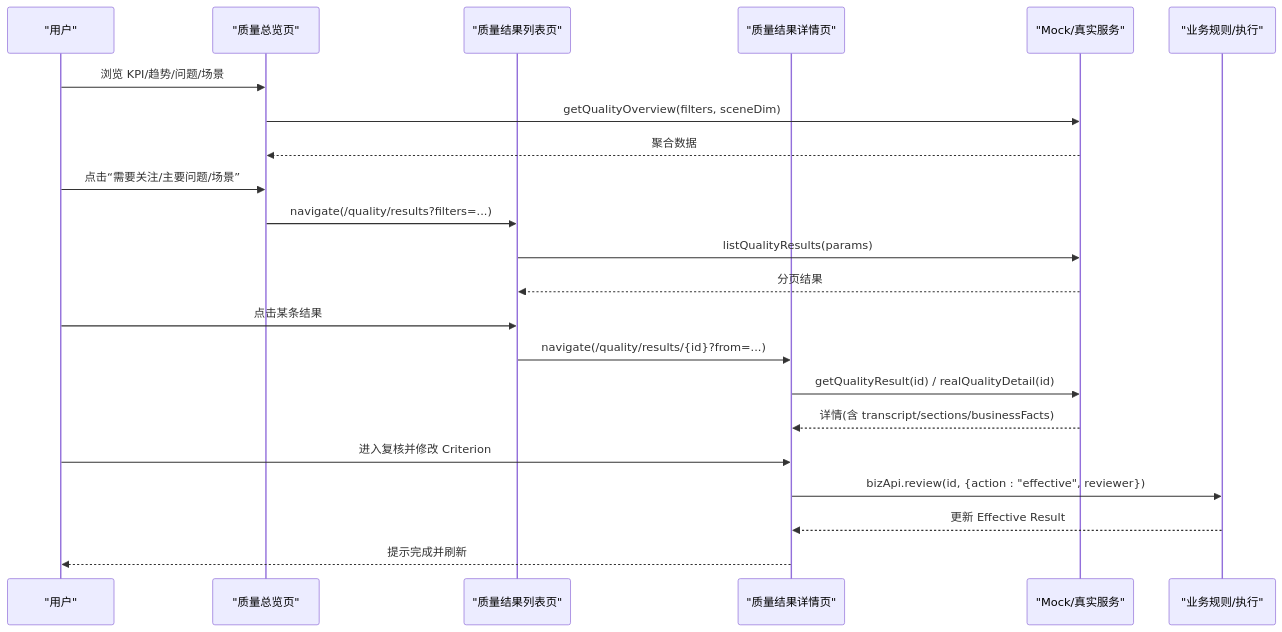
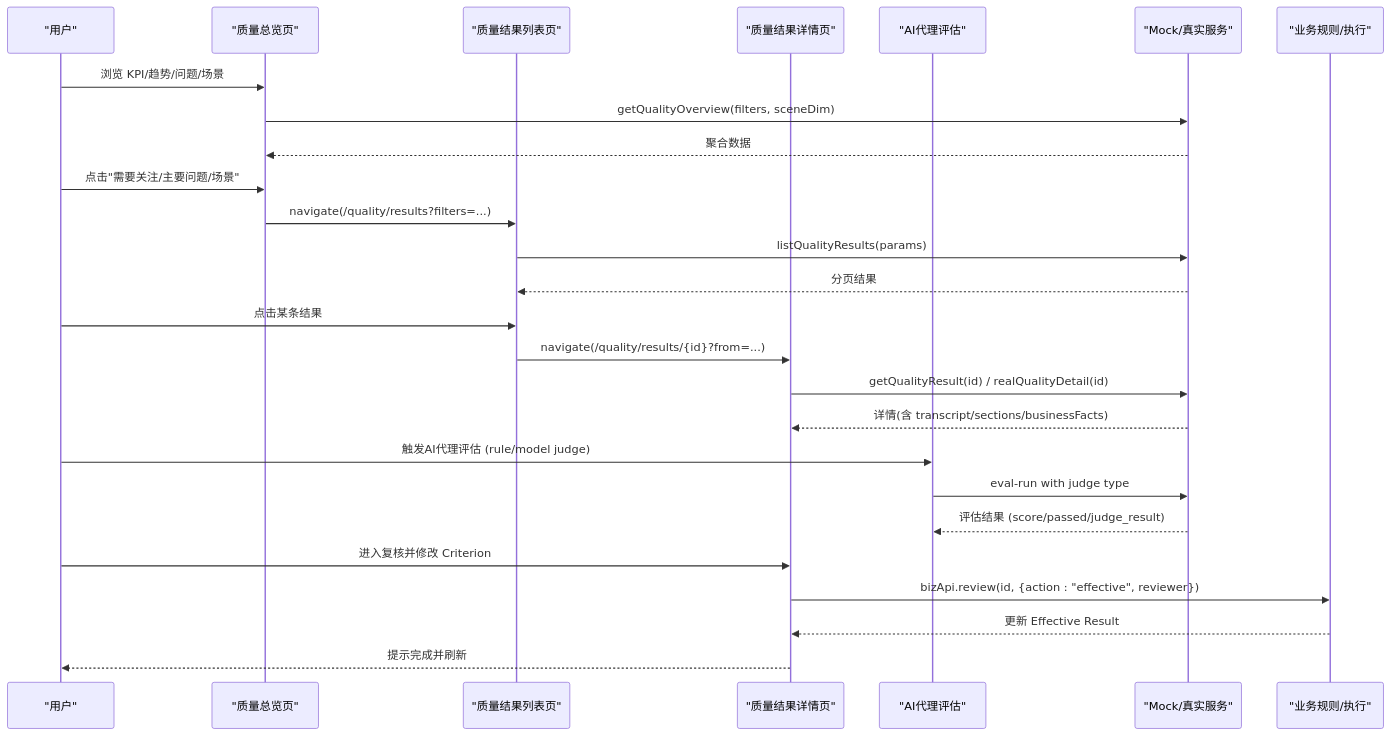
One commit to huiliuxu780/MoreThanCorn changed the first of 3 diagrams in .qoder/repowiki/zh/content/智能质检域.md. Above: the diagram before and after it, drawn with Mermaid. The commit also changed other lines of this file and 102 other files, not shown here.

````diff
--- a/.qoder/repowiki/zh/content/智能质检域.md
+++ b/.qoder/repowiki/zh/content/智能质检域.md
@@ -35,24 +44,28 @@
 ```mermaid
 sequenceDiagram
 participant U as "用户"
 participant O as "质量总览页"
 participant L as "质量结果列表页"
 participant D as "质量结果详情页"
+participant A as "AI代理评估"
 participant S as "Mock/真实服务"
 participant B as "业务规则/执行"
 U->>O : 浏览 KPI/趋势/问题/场景
 O->>S : getQualityOverview(filters, sceneDim)
 S-->>O : 聚合数据
-U->>O : 点击“需要关注/主要问题/场景”
+U->>O : 点击"需要关注/主要问题/场景"
 O->>L : navigate(/quality/results?filters=...)
 L->>S : listQualityResults(params)
 S-->>L : 分页结果
 U->>L : 点击某条结果
 L->>D : navigate(/quality/results/{id}?from=...)
 D->>S : getQualityResult(id) / realQualityDetail(id)
 S-->>D : 详情(含 transcript/sections/businessFacts)
+U->>A : 触发AI代理评估 (rule/model judge)
+A->>S : eval-run with judge type
+S-->>A : 评估结果 (score/passed/judge_result)
 U->>D : 进入复核并修改 Criterion
 D->>B : bizApi.review(id, {action : "effective", reviewer})
 B-->>D : 更新 Effective Result
 D-->>U : 提示完成并刷新
 ```
````
